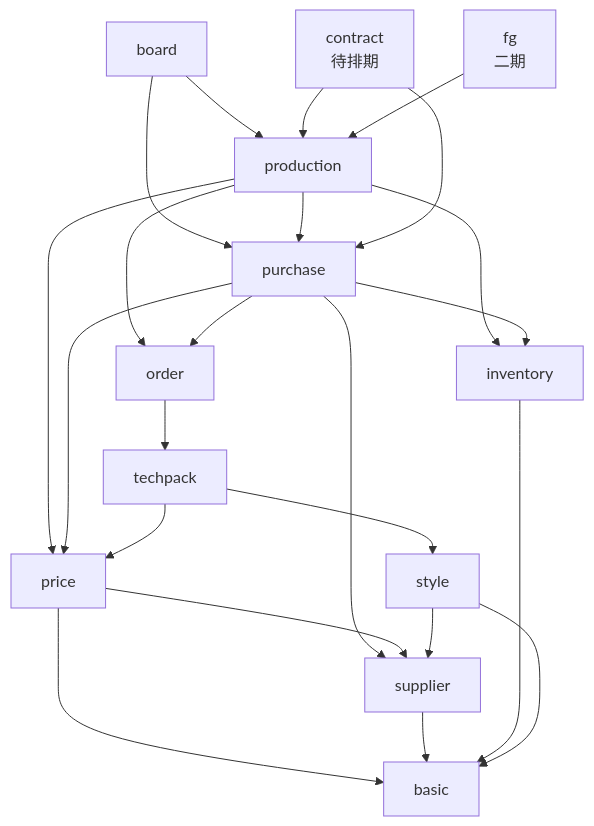
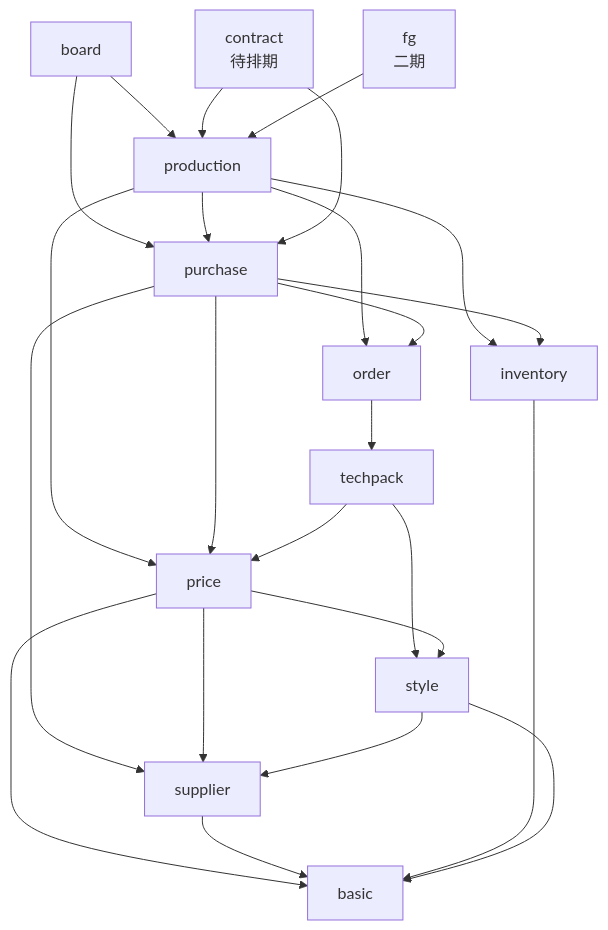
One commit to xiaoliangao/lingmao changed the second of 2 diagrams in docs/架构设计.md. Above: the diagram before and after it, drawn with Mermaid. The commit also changed other lines of this file and 4 other files, not shown here.

````diff
--- a/docs/架构设计.md
+++ b/docs/架构设计.md
@@ -114,25 +116,26 @@
 ```mermaid
 flowchart TB
   bd[board] --> prd[production]
   bd --> pur[purchase]
   prd --> pur
   ctr[contract<br/>待排期] --> prd
   fg[fg<br/>二期] --> prd
   ctr --> pur
   prd --> ord[order]
   prd --> inv[inventory]
   prd --> prc[price]
   pur --> inv
   pur --> sup[supplier]
   pur --> prc
   pur --> ord
   ord --> tp[techpack]
   tp --> sty[style]
   tp --> prc
   prc --> sup
+  prc --> sty
   prc --> bas
   sty --> sup
   sup --> bas[basic]
   inv --> bas
   sty --> bas
 ```
````
